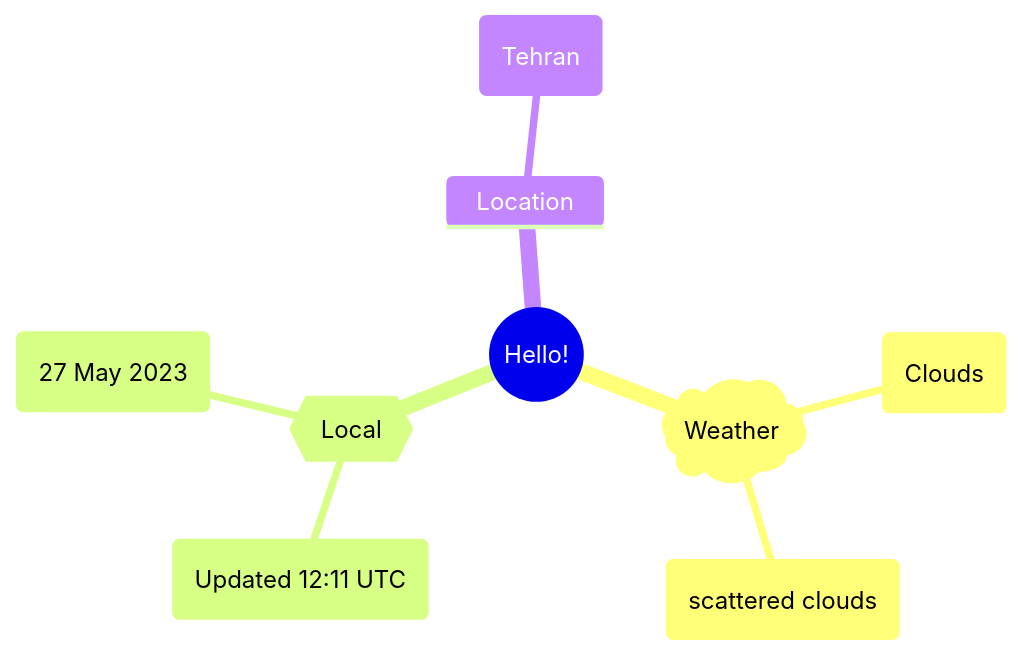
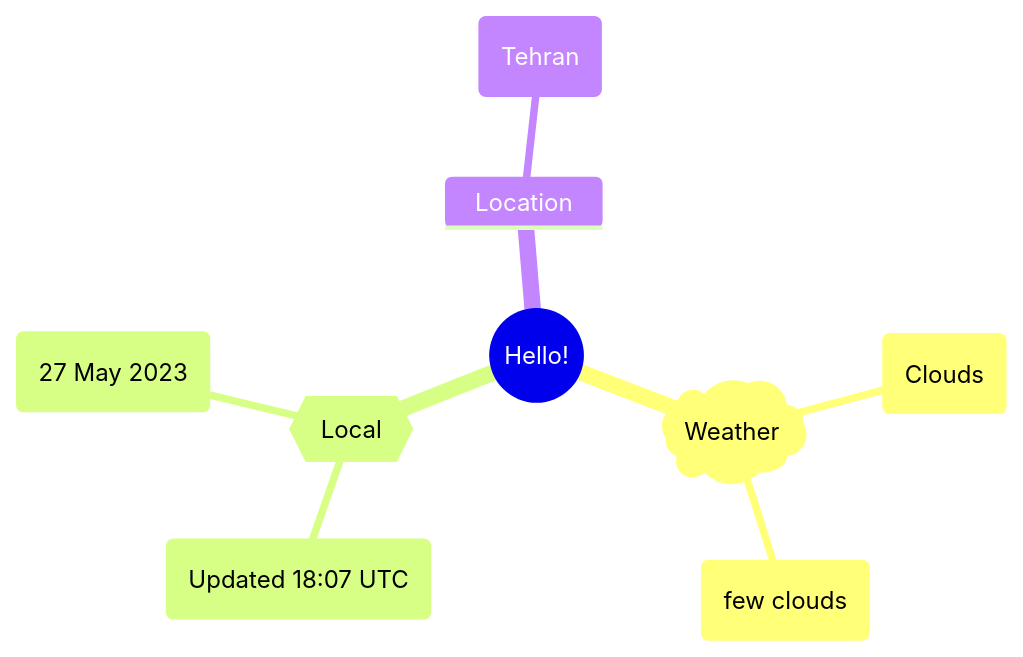
One commit to Xosrov/Xosrov changed the first of 2 diagrams in README.md. Above: the diagram before and after it, drawn with Mermaid.

Commit message:
[bot] updated images

````diff
--- a/README.md
+++ b/README.md
@@ -3,12 +3,12 @@
 ```mermaid
 mindmap
   root((Hello!))
     )Weather(
         (Clouds)
-        (scattered clouds)
+        (few clouds)
     {{Local}}
-        (Updated 12:11 UTC)
+        (Updated 18:07 UTC)
         (27 May 2023)
     Location
         (Tehran)
 ```
````
